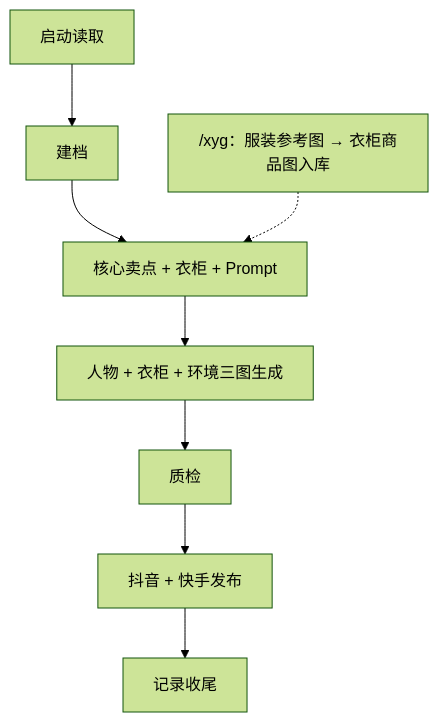
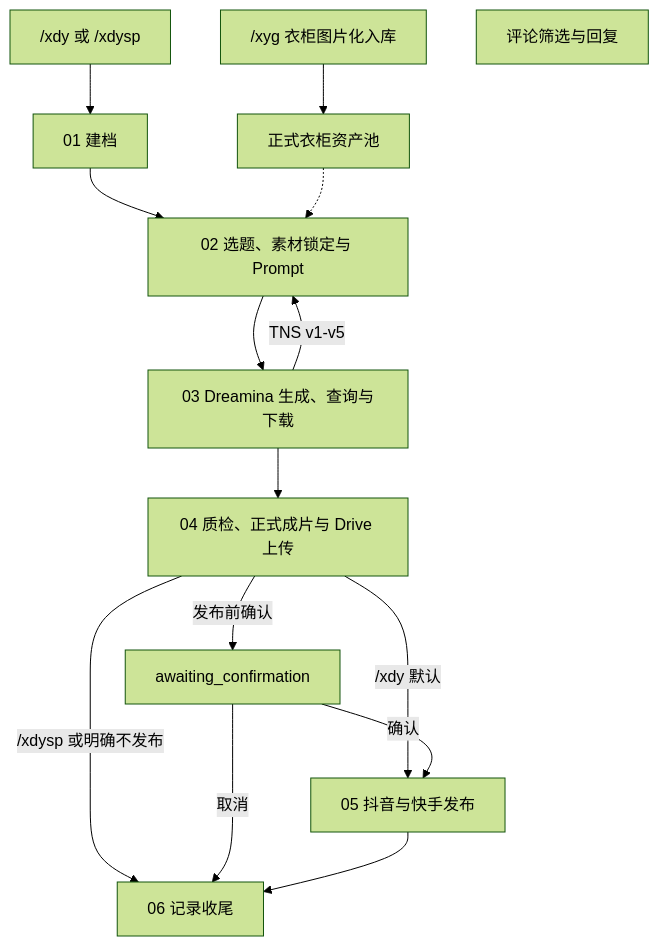
Before and after one commit to xsddpx/dy: the diagram in README.md, drawn with Mermaid (forest theme). The commit also changed other lines of this file and 138 other files, not shown here.

````diff
--- a/README.md
+++ b/README.md
@@ -6,10 +5,18 @@
 ```mermaid
 flowchart TD
-  A["启动读取"] --> B["建档"]
-  B --> C["核心卖点 + 衣柜 + Prompt"]
-  C --> D["人物 + 衣柜 + 环境三图生成"]
-  D --> E["质检"]
-  E --> F["抖音 + 快手发布"]
-  F --> G["记录收尾"]
-  H["/xyg：服装参考图 → 衣柜商品图入库"] -.-> C
+  A["/xdy 或 /xdysp"] --> P1["01 建档"]
+  P1 --> P2["02 选题、素材锁定与 Prompt"]
+  P2 --> P3["03 Dreamina 生成、查询与下载"]
+  P3 -->|"TNS v1-v5"| P2
+  P3 --> P4["04 质检、正式成片与 Drive 上传"]
+  P4 -->|"/xdy 默认"| P5["05 抖音与快手发布"]
+  P4 -->|"/xdysp 或明确不发布"| P6["06 记录收尾"]
+  P4 -->|"发布前确认"| H["awaiting_confirmation"]
+  H -->|"确认"| P5
+  H -->|"取消"| P6
+  P5 --> P6
+
+  W["/xyg 衣柜图片化入库"] --> S["正式衣柜资产池"]
+  S -.-> P2
+  C["评论筛选与回复"]
 ```
````
